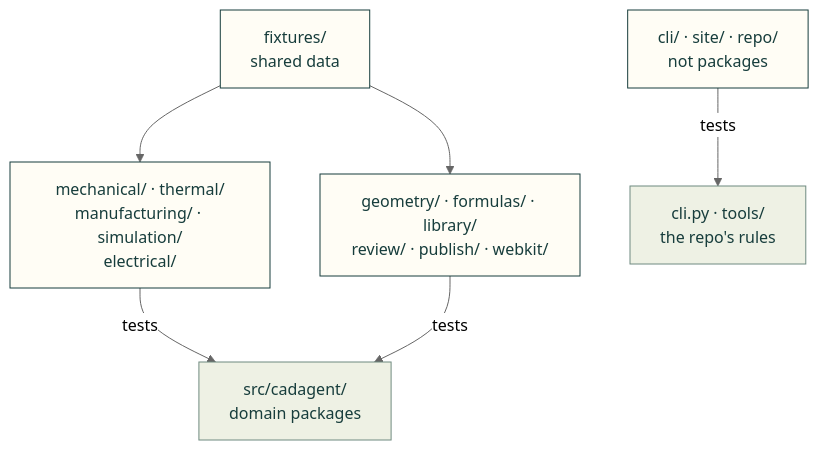
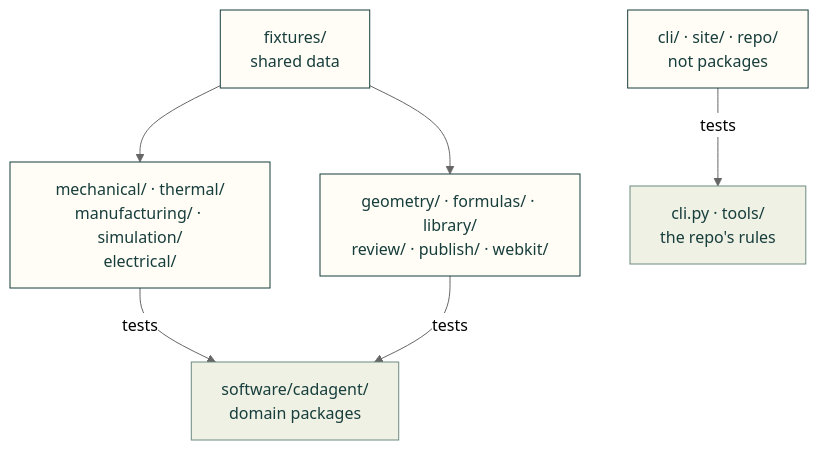
One commit to Valpatel/cad-agent changed the diagram in tests/README.md. Above: the diagram before and after it, drawn with Mermaid (neutral theme). The commit also changed other lines of this file and 5109 other files, not shown here.

````diff
--- a/tests/README.md
+++ b/tests/README.md
@@ -10,13 +10,13 @@
 ```mermaid
 flowchart TD
-    D["mechanical/ · thermal/<br/>manufacturing/ · simulation/<br/>electrical/"] -->|"tests"| S["src/cadagent/<br/>domain packages"]
+    D["mechanical/ · thermal/<br/>manufacturing/ · simulation/<br/>electrical/"] -->|"tests"| S["software/cadagent/<br/>domain packages"]
     C["geometry/ · formulas/ · library/<br/>review/ · publish/ · webkit/"] -->|"tests"| S
     A["cli/ · site/ · repo/<br/>not packages"] -->|"tests"| T["cli.py · tools/<br/>the repo's rules"]
     F["fixtures/<br/>shared data"] --> D
     F --> C
     classDef here fill:#fffdf5,stroke:#173d3c,color:#173d3c
     classDef near fill:#eef1e4,stroke:#6f8a80,color:#173d3c
     classDef out fill:#ffe1cc,stroke:#bd3a12,color:#173d3c
     class D,C,A,F here
     class S,T near
 ```
````
